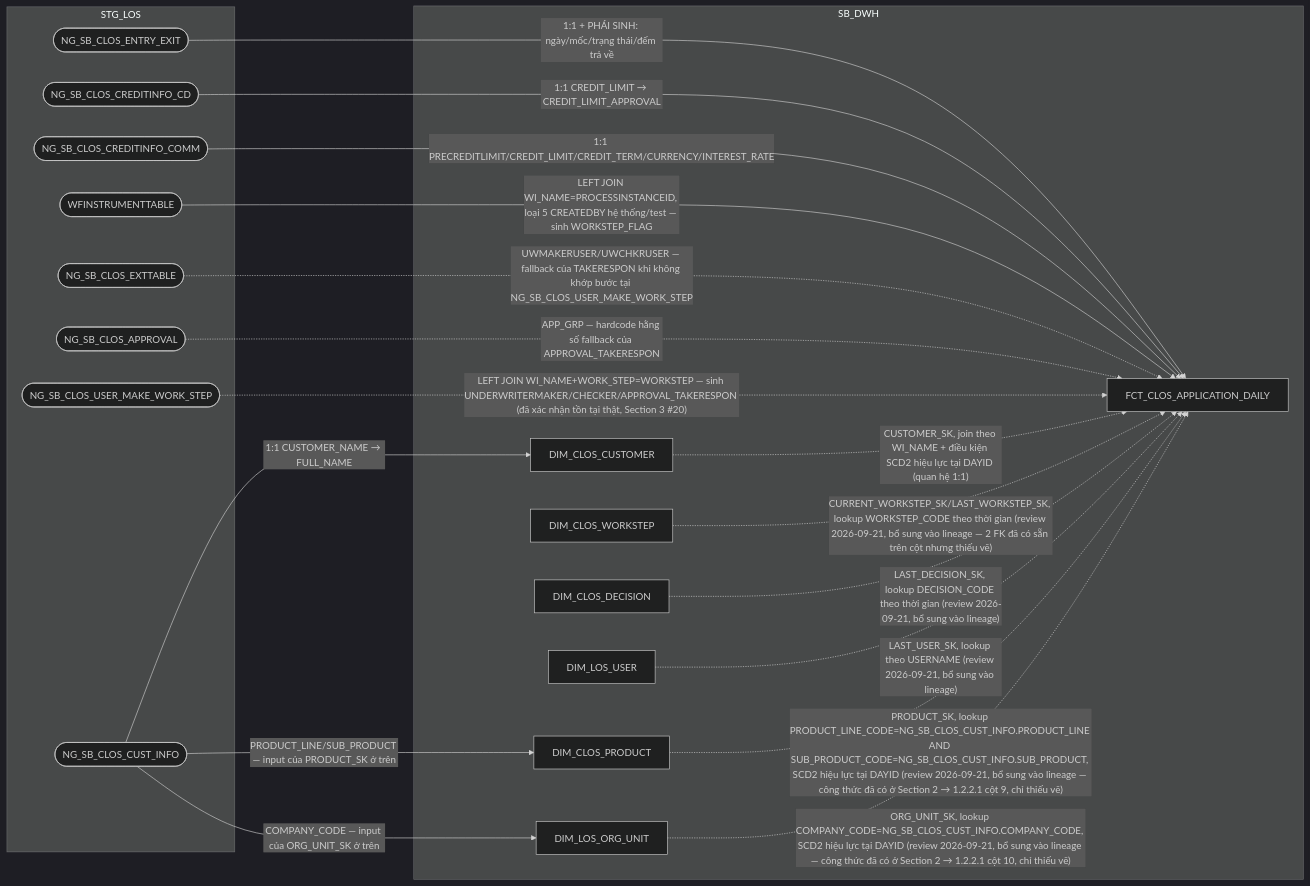
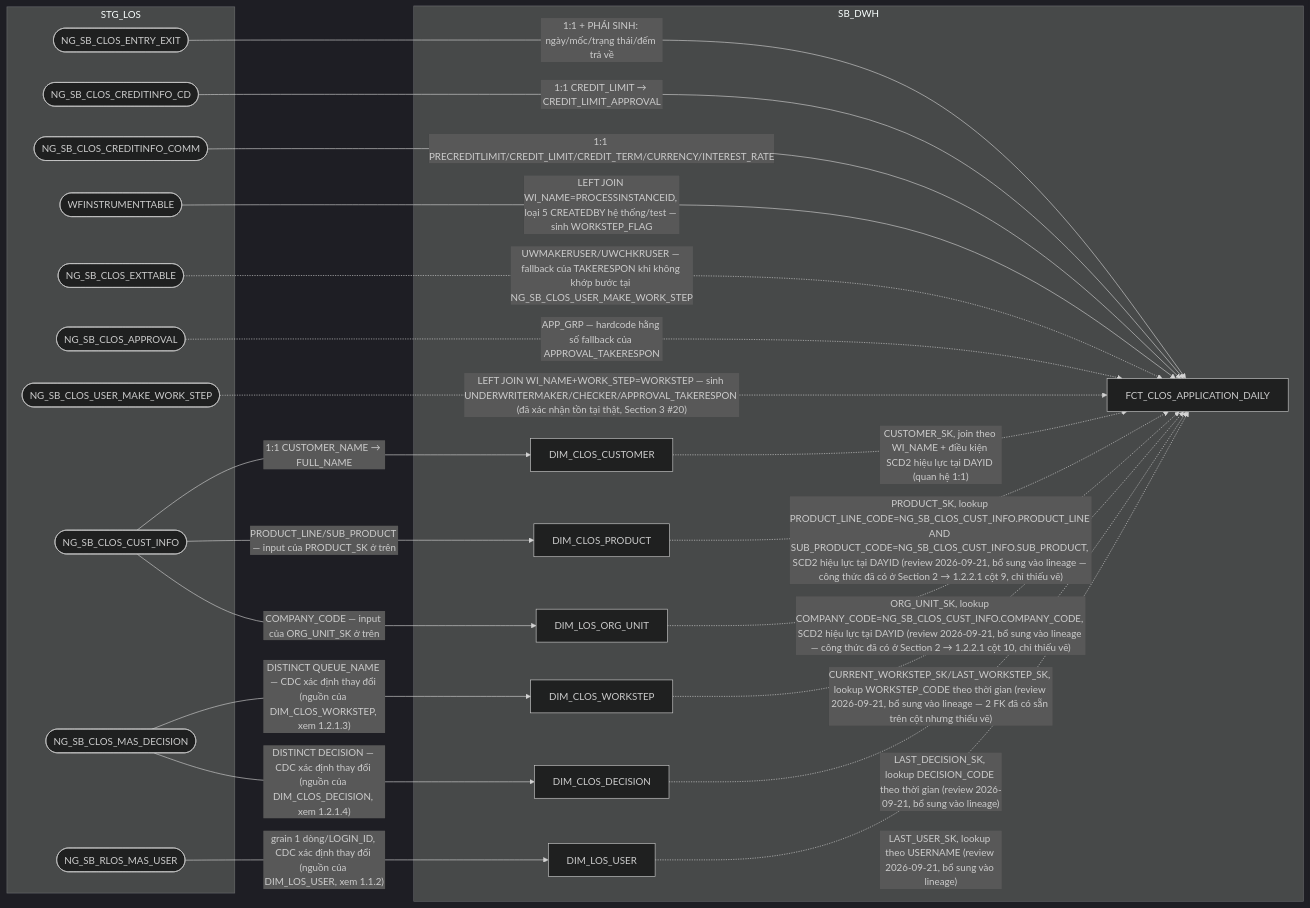
The first of 13 diagrams in hld/HLD_FCT_SB_DWH.md (chien1198/sb-mapping-gen), drawn with Mermaid (dark theme) before and after one commit. The commit also changed other lines of this file and 113 other files, not shown here.

````diff
--- a/hld/HLD_FCT_SB_DWH.md
+++ b/hld/HLD_FCT_SB_DWH.md
@@ -20,38 +20,43 @@
 ```mermaid
 flowchart LR
     subgraph STG_LOS
         A(["NG_SB_CLOS_ENTRY_EXIT"])
         B(["NG_SB_CLOS_CREDITINFO_CD"])
         C(["NG_SB_CLOS_CREDITINFO_COMM"])
         D(["WFINSTRUMENTTABLE"])
         F(["NG_SB_CLOS_EXTTABLE"])
         G(["NG_SB_CLOS_APPROVAL"])
         H(["NG_SB_CLOS_USER_MAKE_WORK_STEP"])
         M(["NG_SB_CLOS_CUST_INFO"])
+        MW(["NG_SB_CLOS_MAS_DECISION"])
+        U(["NG_SB_RLOS_MAS_USER"])
     end
     subgraph SB_DWH
         K["DIM_CLOS_CUSTOMER"]
         WS["DIM_CLOS_WORKSTEP"]
         DC["DIM_CLOS_DECISION"]
         US["DIM_LOS_USER"]
         PR["DIM_CLOS_PRODUCT"]
         OU["DIM_LOS_ORG_UNIT"]
         E["FCT_CLOS_APPLICATION_DAILY"]
     end
     A -->|1:1 + PHÁI SINH: ngày/mốc/trạng thái/đếm trả về| E
     B -->|1:1 CREDIT_LIMIT → CREDIT_LIMIT_APPROVAL| E
     C -->|1:1 PRECREDITLIMIT/CREDIT_LIMIT/CREDIT_TERM/CURRENCY/INTEREST_RATE| E
     D -->|"LEFT JOIN WI_NAME=PROCESSINSTANCEID, loại 5 CREATEDBY hệ thống/test — sinh WORKSTEP_FLAG"| E
     F -.->|"UWMAKERUSER/UWCHKRUSER — fallback của TAKERESPON khi không khớp bước tại NG_SB_CLOS_USER_MAKE_WORK_STEP"| E
     G -.->|"APP_GRP — hardcode hằng số fallback của APPROVAL_TAKERESPON"| E
     H -.->|"LEFT JOIN WI_NAME+WORK_STEP=WORKSTEP — sinh UNDERWRITERMAKER/CHECKER/APPROVAL_TAKERESPON (đã xác nhận tồn tại thật, Section 3 #20)"| E
     K -.->|"CUSTOMER_SK, join theo WI_NAME + điều kiện SCD2 hiệu lực tại DAYID (quan hệ 1:1)"| E
     M -->|1:1 CUSTOMER_NAME → FULL_NAME| K
     WS -.->|"CURRENT_WORKSTEP_SK/LAST_WORKSTEP_SK, lookup WORKSTEP_CODE theo thời gian (review 2026-09-21, bổ sung vào lineage — 2 FK đã có sẵn trên cột nhưng thiếu vẽ)"| E
     DC -.->|"LAST_DECISION_SK, lookup DECISION_CODE theo thời gian (review 2026-09-21, bổ sung vào lineage)"| E
     US -.->|"LAST_USER_SK, lookup theo USERNAME (review 2026-09-21, bổ sung vào lineage)"| E
     PR -.->|"PRODUCT_SK, lookup PRODUCT_LINE_CODE=NG_SB_CLOS_CUST_INFO.PRODUCT_LINE AND SUB_PRODUCT_CODE=NG_SB_CLOS_CUST_INFO.SUB_PRODUCT, SCD2 hiệu lực tại DAYID (review 2026-09-21, bổ sung vào lineage — công thức đã có ở Section 2 → 1.2.2.1 cột 9, chỉ thiếu vẽ)"| E
     OU -.->|"ORG_UNIT_SK, lookup COMPANY_CODE=NG_SB_CLOS_CUST_INFO.COMPANY_CODE, SCD2 hiệu lực tại DAYID (review 2026-09-21, bổ sung vào lineage — công thức đã có ở Section 2 → 1.2.2.1 cột 10, chỉ thiếu vẽ)"| E
     M -->|"PRODUCT_LINE/SUB_PRODUCT — input của PRODUCT_SK ở trên"| PR
     M -->|"COMPANY_CODE — input của ORG_UNIT_SK ở trên"| OU
+    MW -->|"DISTINCT QUEUE_NAME — CDC xác định thay đổi (nguồn của DIM_CLOS_WORKSTEP, xem 1.2.1.3)"| WS
+    MW -->|"DISTINCT DECISION — CDC xác định thay đổi (nguồn của DIM_CLOS_DECISION, xem 1.2.1.4)"| DC
+    U -->|"grain 1 dòng/LOGIN_ID, CDC xác định thay đổi (nguồn của DIM_LOS_USER, xem 1.1.2)"| US
 ```
````
